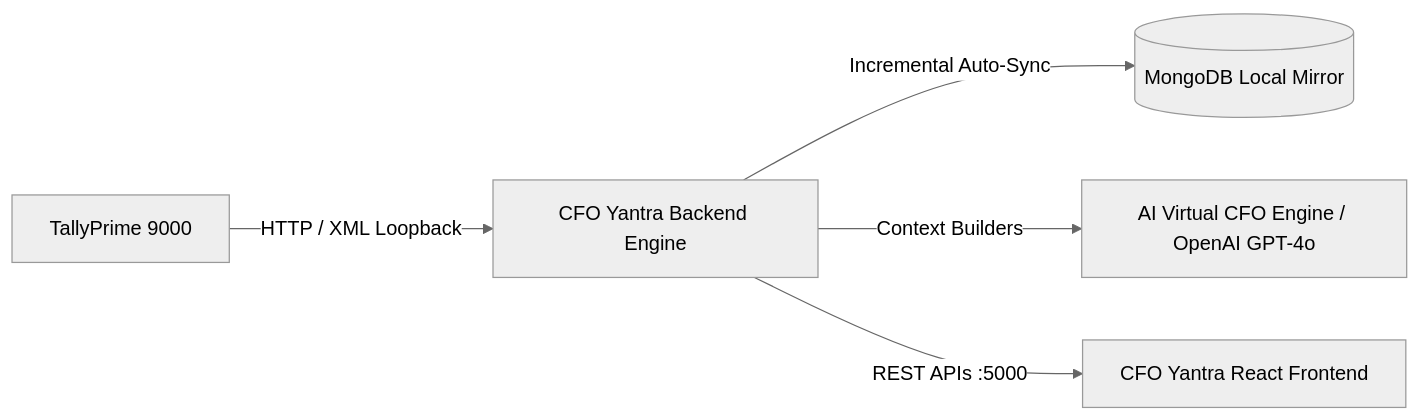
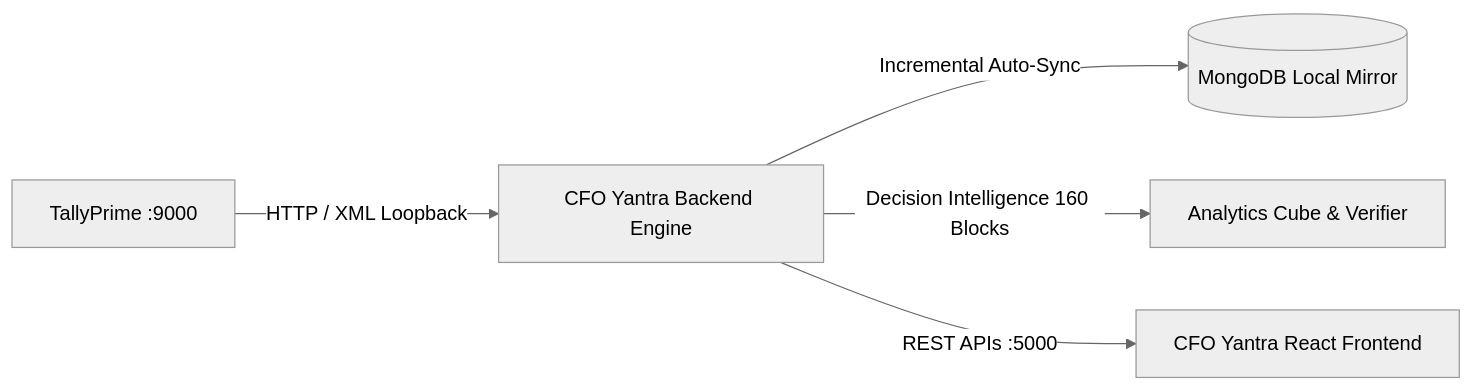
One commit to pankajtalentpaw/CFO-YANTRA-SAAS-BE changed the first of 2 diagrams in README.md. Above: the diagram before and after it, drawn with Mermaid (neutral theme). The commit also changed other lines of this file and 75 other files, not shown here.

Commit message:
feat: implement analytics engine with compute modules, dashboards, services, and API routes

````diff
--- a/README.md
+++ b/README.md
@@ -45,7 +47,7 @@
 ```mermaid
 graph LR
-    A[TallyPrime 9000] -->|HTTP / XML Loopback| B[CFO Yantra Backend Engine]
+    A[TallyPrime :9000] -->|HTTP / XML Loopback| B[CFO Yantra Backend Engine]
     B -->|Incremental Auto-Sync| C[(MongoDB Local Mirror)]
-    B -->|Context Builders| D[AI Virtual CFO Engine / OpenAI GPT-4o]
+    B -->|Decision Intelligence 160 Blocks| D[Analytics Cube & Verifier]
     B -->|REST APIs :5000| E[CFO Yantra React Frontend]
 ```
````
